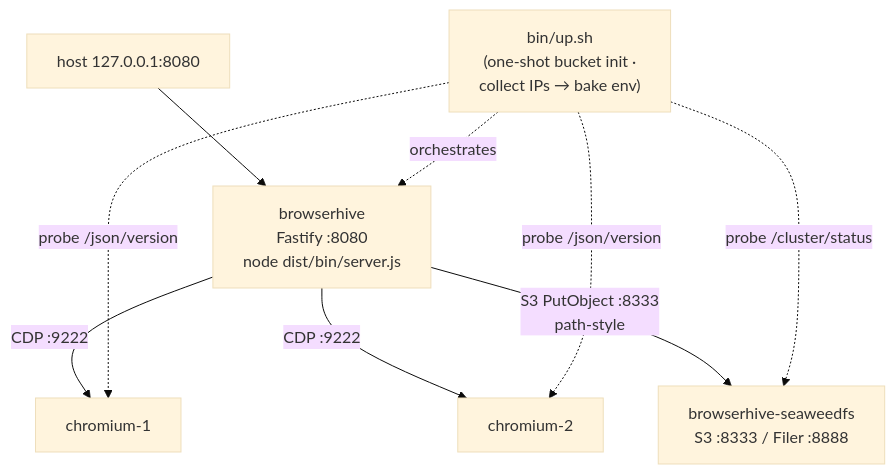
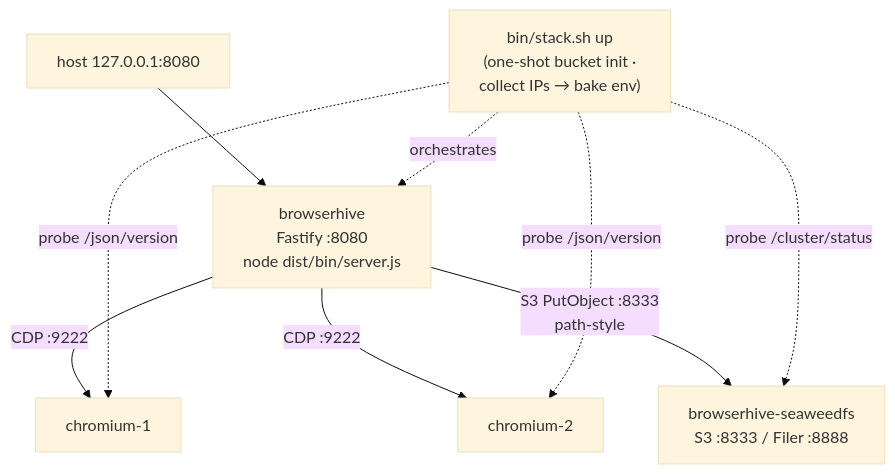
The seventh of 7 diagrams in docs-site/src/content/docs/architecture.mdx (uraitakahito/browserhive), drawn with Mermaid (base theme) before and after one commit. The commit also changed other lines of this file and 9 other files, not shown here.

First line of the commit message:
docs: point at ./bin/stack.sh <command>

````diff
--- a/docs-site/src/content/docs/architecture.mdx
+++ b/docs-site/src/content/docs/architecture.mdx
@@ -370,11 +370,11 @@
 ```mermaid
 flowchart TD
   HOST["host 127.0.0.1:8080"] --> BH["browserhive<br>Fastify :8080<br>node dist/bin/server.js"]
   BH -->|"CDP :9222"| C1["chromium-1"]
   BH -->|"CDP :9222"| C2["chromium-2"]
   BH -->|"S3 PutObject :8333<br>path-style"| SW["browserhive-seaweedfs<br>S3 :8333 / Filer :8888"]
-  UP["bin/up.sh<br>(one-shot bucket init ·<br>collect IPs → bake env)"] -.->|orchestrates| BH
+  UP["bin/stack.sh up<br>(one-shot bucket init ·<br>collect IPs → bake env)"] -.->|orchestrates| BH
   UP -.->|probe /cluster/status| SW
   UP -.->|probe /json/version| C1
   UP -.->|probe /json/version| C2
 ```
````
